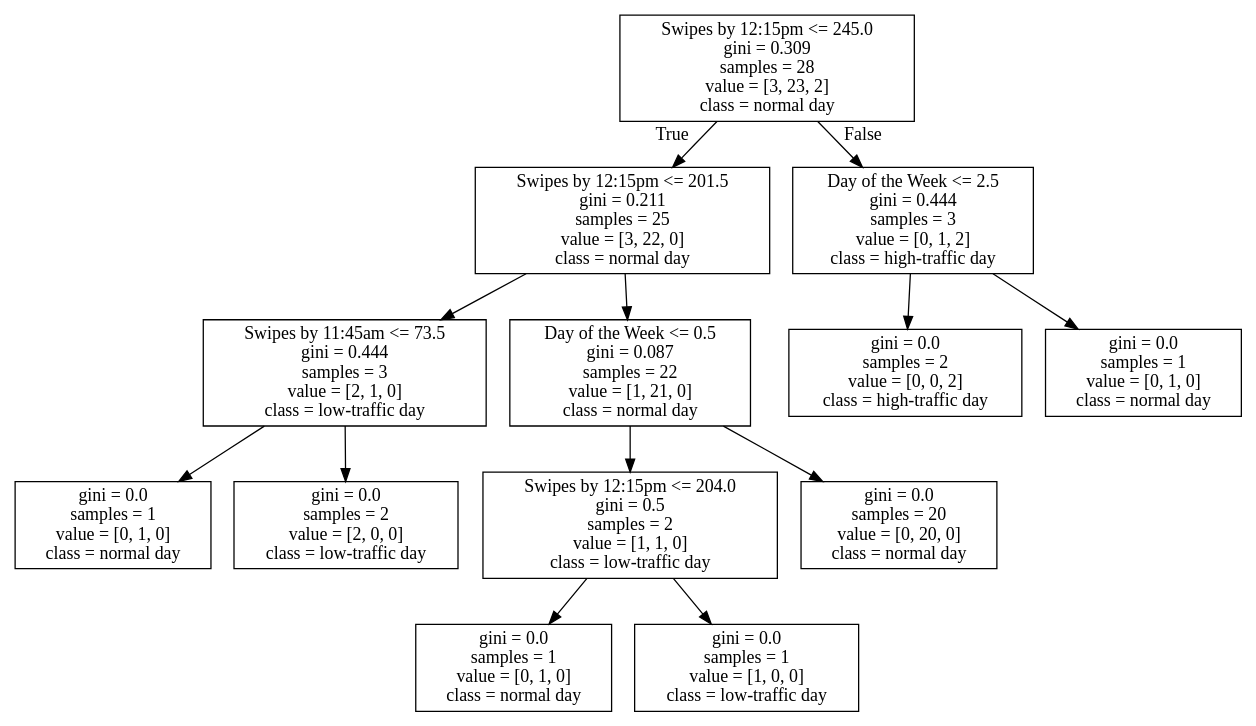
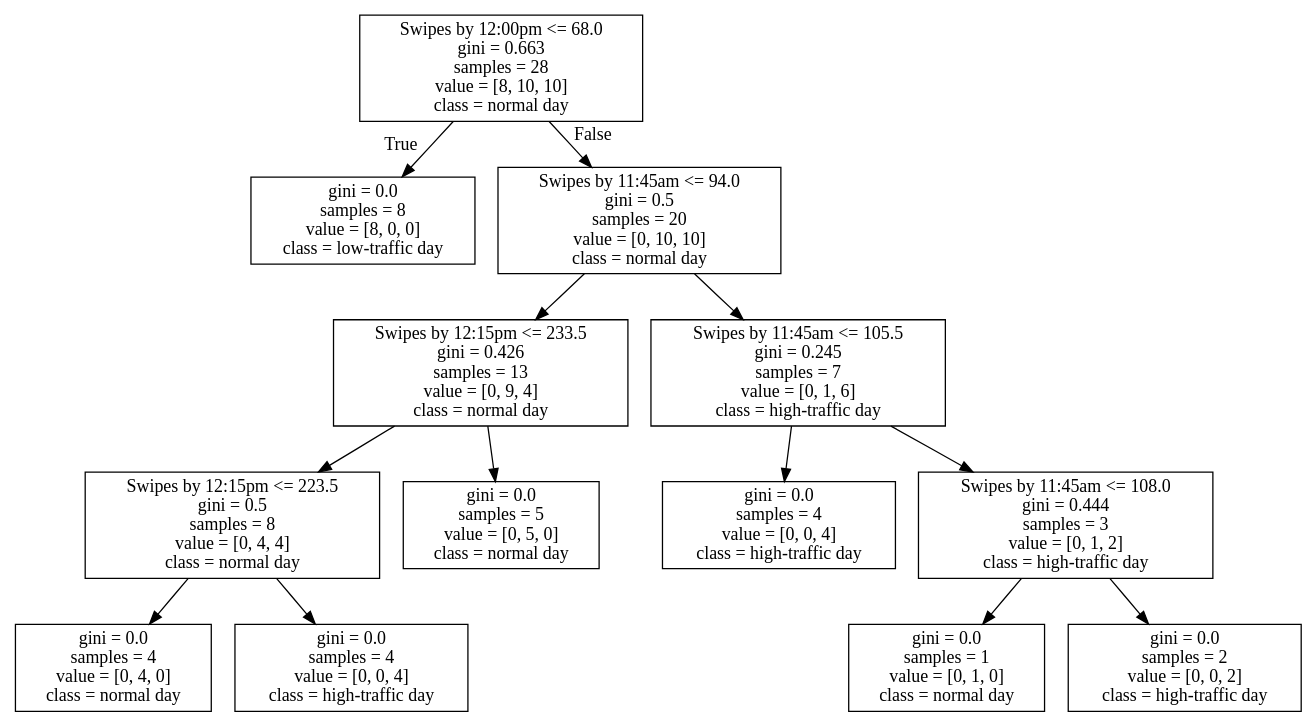
One commit to gracec10/yaledata changed the diagram in hw2_data 2/10.dot. Above: the diagram before and after it, drawn with Graphviz. The commit also changed 4 other files, not shown here.

```diff
--- a/hw2_data 2/10.dot
+++ b/hw2_data 2/10.dot
@@ -1,28 +1,28 @@
 digraph Tree {
 node [shape=box] ;
-0 [label="Swipes by 12:15pm <= 245.0\ngini = 0.309\nsamples = 28\nvalue = [3, 23, 2]\nclass = normal day"] ;
-1 [label="Swipes by 12:15pm <= 201.5\ngini = 0.211\nsamples = 25\nvalue = [3, 22, 0]\nclass = normal day"] ;
+0 [label="Swipes by 12:00pm <= 68.0\ngini = 0.663\nsamples = 28\nvalue = [8, 10, 10]\nclass = normal day"] ;
+1 [label="gini = 0.0\nsamples = 8\nvalue = [8, 0, 0]\nclass = low-traffic day"] ;
 0 -> 1 [labeldistance=2.5, labelangle=45, headlabel="True"] ;
-2 [label="Swipes by 11:45am <= 73.5\ngini = 0.444\nsamples = 3\nvalue = [2, 1, 0]\nclass = low-traffic day"] ;
-1 -> 2 ;
-3 [label="gini = 0.0\nsamples = 1\nvalue = [0, 1, 0]\nclass = normal day"] ;
+2 [label="Swipes by 11:45am <= 94.0\ngini = 0.5\nsamples = 20\nvalue = [0, 10, 10]\nclass = normal day"] ;
+0 -> 2 [labeldistance=2.5, labelangle=-45, headlabel="False"] ;
+3 [label="Swipes by 12:15pm <= 233.5\ngini = 0.426\nsamples = 13\nvalue = [0, 9, 4]\nclass = normal day"] ;
 2 -> 3 ;
-4 [label="gini = 0.0\nsamples = 2\nvalue = [2, 0, 0]\nclass = low-traffic day"] ;
-2 -> 4 ;
-5 [label="Day of the Week <= 0.5\ngini = 0.087\nsamples = 22\nvalue = [1, 21, 0]\nclass = normal day"] ;
-1 -> 5 ;
-6 [label="Swipes by 12:15pm <= 204.0\ngini = 0.5\nsamples = 2\nvalue = [1, 1, 0]\nclass = low-traffic day"] ;
-5 -> 6 ;
-7 [label="gini = 0.0\nsamples = 1\nvalue = [0, 1, 0]\nclass = normal day"] ;
-6 -> 7 ;
-8 [label="gini = 0.0\nsamples = 1\nvalue = [1, 0, 0]\nclass = low-traffic day"] ;
-6 -> 8 ;
-9 [label="gini = 0.0\nsamples = 20\nvalue = [0, 20, 0]\nclass = normal day"] ;
-5 -> 9 ;
-10 [label="Day of the Week <= 2.5\ngini = 0.444\nsamples = 3\nvalue = [0, 1, 2]\nclass = high-traffic day"] ;
-0 -> 10 [labeldistance=2.5, labelangle=-45, headlabel="False"] ;
-11 [label="gini = 0.0\nsamples = 2\nvalue = [0, 0, 2]\nclass = high-traffic day"] ;
+4 [label="Swipes by 12:15pm <= 223.5\ngini = 0.5\nsamples = 8\nvalue = [0, 4, 4]\nclass = normal day"] ;
+3 -> 4 ;
+5 [label="gini = 0.0\nsamples = 4\nvalue = [0, 4, 0]\nclass = normal day"] ;
+4 -> 5 ;
+6 [label="gini = 0.0\nsamples = 4\nvalue = [0, 0, 4]\nclass = high-traffic day"] ;
+4 -> 6 ;
+7 [label="gini = 0.0\nsamples = 5\nvalue = [0, 5, 0]\nclass = normal day"] ;
+3 -> 7 ;
+8 [label="Swipes by 11:45am <= 105.5\ngini = 0.245\nsamples = 7\nvalue = [0, 1, 6]\nclass = high-traffic day"] ;
+2 -> 8 ;
+9 [label="gini = 0.0\nsamples = 4\nvalue = [0, 0, 4]\nclass = high-traffic day"] ;
+8 -> 9 ;
+10 [label="Swipes by 11:45am <= 108.0\ngini = 0.444\nsamples = 3\nvalue = [0, 1, 2]\nclass = high-traffic day"] ;
+8 -> 10 ;
+11 [label="gini = 0.0\nsamples = 1\nvalue = [0, 1, 0]\nclass = normal day"] ;
 10 -> 11 ;
-12 [label="gini = 0.0\nsamples = 1\nvalue = [0, 1, 0]\nclass = normal day"] ;
+12 [label="gini = 0.0\nsamples = 2\nvalue = [0, 0, 2]\nclass = high-traffic day"] ;
 10 -> 12 ;
 }
```
